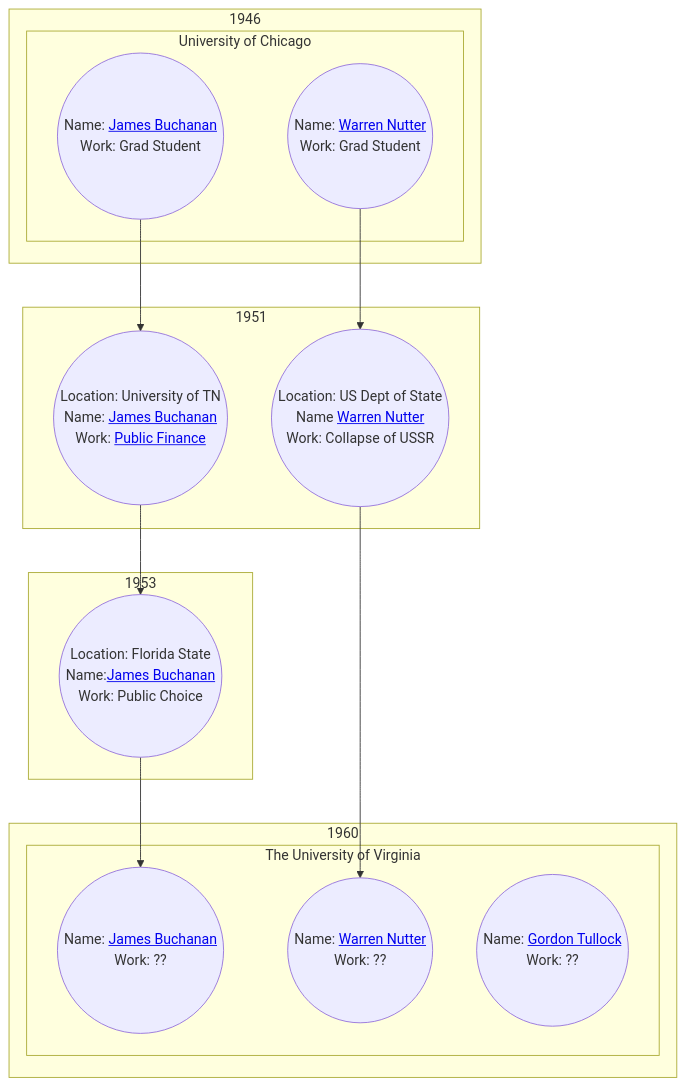
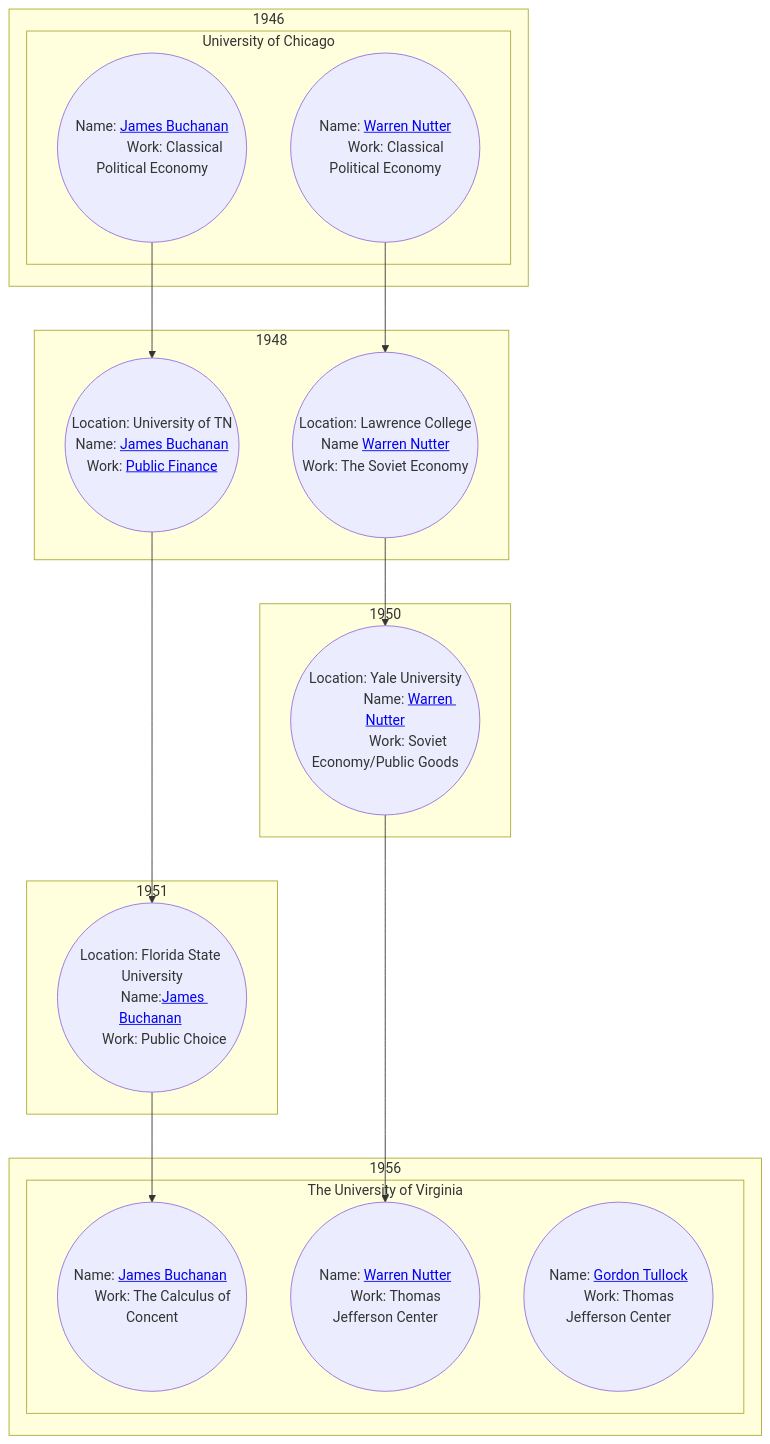
Before and after one commit to grimmdgg/hvspecs: the fourth of 4 diagrams in README.md, drawn with Mermaid. The commit also changed other lines of this file, not shown here.

Commit message:
updated func spec

````diff
--- a/README.md
+++ b/README.md
@@ -90,43 +103,59 @@
 ```mermaid
 graph TD
 subgraph 1946;
 subgraph  University of Chicago
- jb46((
-        Name: <a href=https://en.wikipedia.org/wiki/James_M._Buchanan>James Buchanan</a>
-        Work: Grad Student
-        ))
- wn46((
- Name: <a href=https://en.wikipedia.org/wiki/G._Warren_Nutter>Warren Nutter</a>
- Work: Grad Student ))
+       jb46((
+              Name: <a href=https://en.wikipedia.org/wiki/James_M._Buchanan>James Buchanan</a>
+              Work: Classical Political Economy
+              ))
+       wn46((
+       Name: <a href=https://en.wikipedia.org/wiki/G._Warren_Nutter>Warren Nutter</a>
+       Work: Classical Political Economy ))
 end
 end
+
+subgraph 1948
+       wn48((Location: Lawrence College
+       Name <a href=https://en.wikipedia.org/wiki/G._Warren_Nutter>Warren Nutter</a>
+       Work: The Soviet Economy))
+       jb48((Location: University of TN
+       Name: <a href=https://en.wikipedia.org/wiki/James_M._Buchanan>James Buchanan</a>
+       Work: <a href=https://en.wikipedia.org/wiki/Public_finance >Public Finance</a>))
+end
+
+subgraph 1950
+       wn50((Location: Yale University
+              Name: <a href=https://en.wikipedia.org/wiki/G._Warren_Nutter>Warren Nutter</a>
+              Work: Soviet Economy/Public Goods))
+end
+
+
+
 subgraph 1951
-wn51((Location: US Dept of State
-Name <a href=https://en.wikipedia.org/wiki/G._Warren_Nutter>Warren Nutter</a>
-Work: Collapse of USSR))
-jb51((Location: University of TN
-Name: <a href=https://en.wikipedia.org/wiki/James_M._Buchanan>James Buchanan</a>
-Work: <a href=https://en.wikipedia.org/wiki/Public_finance >Public Finance</a>))
+       jb51((Location: Florida State University
+       Name:<a href=https://en.wikipedia.org/wiki/James_M._Buchanan>James Buchanan</a> 
+       Work: Public Choice))
 end
-wn46 -->wn51
-jb46 -->jb51
-subgraph 1953
-jb53((Location: Florida State
-Name:<a href=https://en.wikipedia.org/wiki/James_M._Buchanan>James Buchanan</a> 
-Work: Public Choice))
-end
-jb51-->jb53
 
-subgraph 1960
+subgraph 1956
        subgraph The University of Virginia
-       jb60((Name: <a href=https://en.wikipedia.org/wiki/James_M._Buchanan>James Buchanan</a> 
-       Work: ??))
-       wn60((Name: <a href=https://en.wikipedia.org/wiki/G._Warren_Nutter>Warren Nutter</a>
-       Work: ??))
-       gt60((Name: <a href=https://en.wikipedia.org/wiki/Gordon_Tullock>Gordon Tullock</a>
-       Work: ??))
+       jb56((Name: <a href=https://en.wikipedia.org/wiki/James_M._Buchanan>James Buchanan</a> 
+       Work: The Calculus of Concent))
+       wn56((Name: <a href=https://en.wikipedia.org/wiki/G._Warren_Nutter>Warren Nutter</a>
+       Work: Thomas Jefferson Center))
+       gt56((Name: <a href=https://en.wikipedia.org/wiki/Gordon_Tullock>Gordon Tullock</a>
+       Work: Thomas Jefferson Center))
        end
 end
-jb53-->jb60
-wn51 -->wn60
+
+wn46 -->wn48
+wn48-->wn50
+wn50 -->wn56
+
+
+jb46 -->jb48
+jb48--->jb51
+jb51-->jb56
+
+
 ```
````
